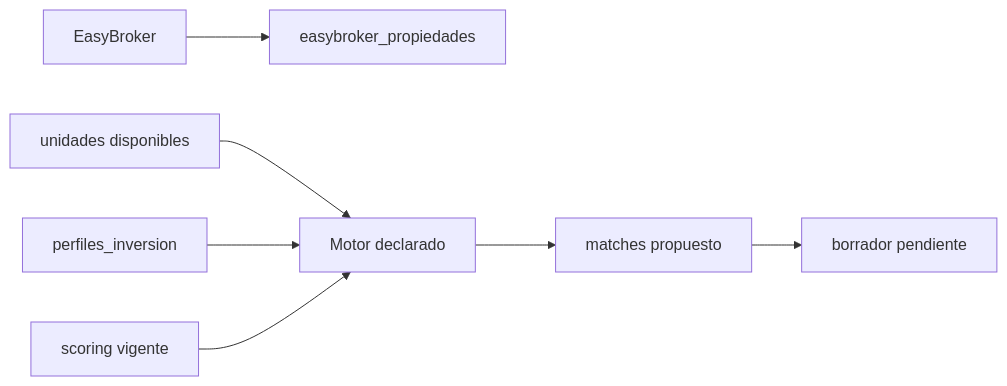
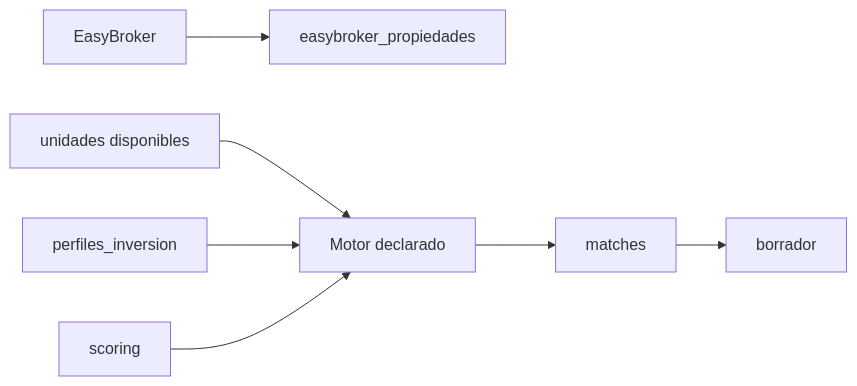
Before and after one commit to EstrategiaInmobiliaria/Tokenizer-extended: the eighth of 13 diagrams in docs/palm-lab-practica/iso/PD-SGC-MAN-001.md, drawn with Mermaid. The commit also changed other lines of this file and 4 other files, not shown here.

````diff
--- a/docs/palm-lab-practica/iso/PD-SGC-MAN-001.md
+++ b/docs/palm-lab-practica/iso/PD-SGC-MAN-001.md
@@ -400,9 +349,9 @@
 ```mermaid
 flowchart LR
   EB[EasyBroker] --> EBP[easybroker_propiedades]
   UN[unidades disponibles] --> MT[Motor declarado]
   PI[perfiles_inversion] --> MT
-  SC[scoring vigente] --> MT
-  MT --> M[matches propuesto]
-  M --> BR[borrador pendiente]
+  SC[scoring] --> MT
+  MT --> M[matches]
+  M --> BR[borrador]
 ```
````
